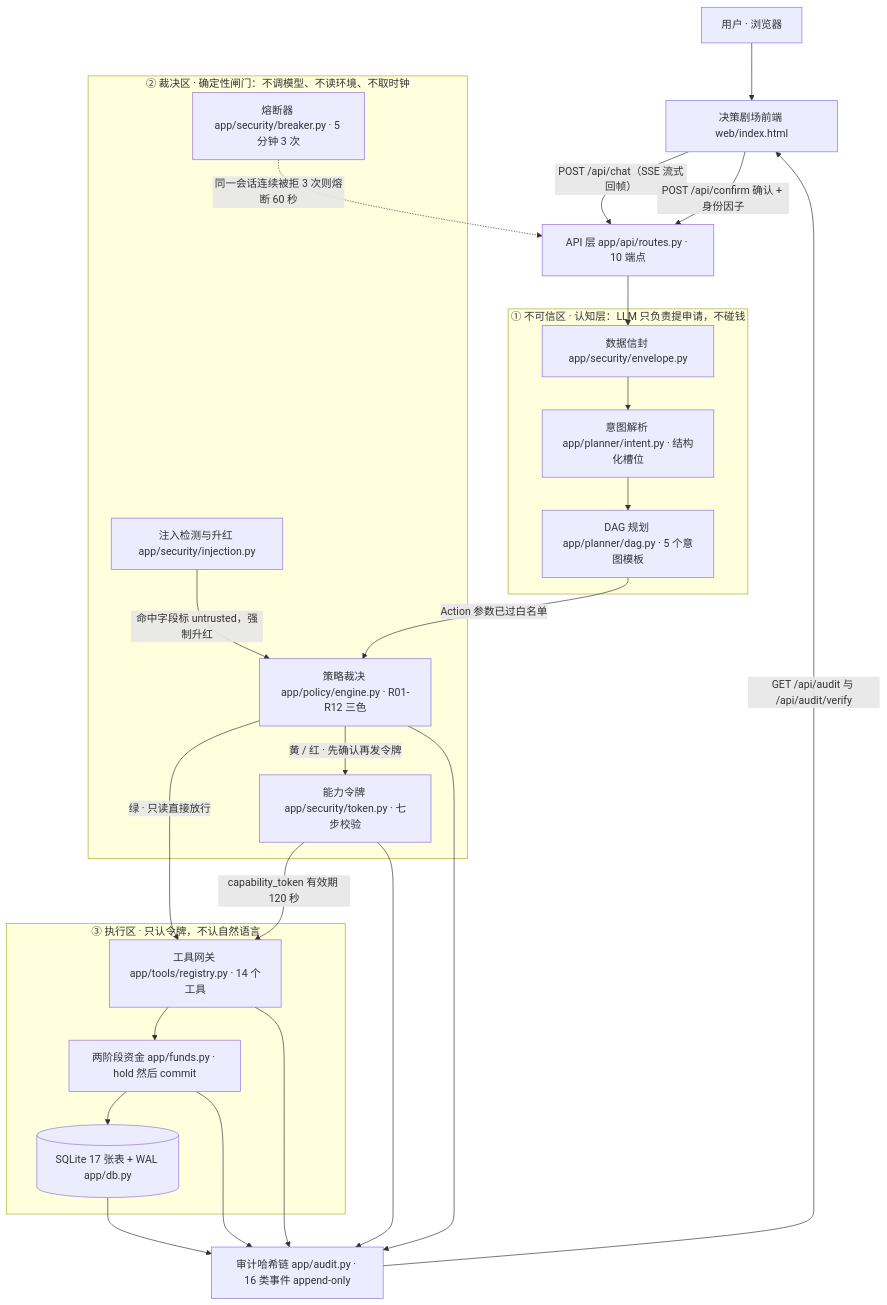
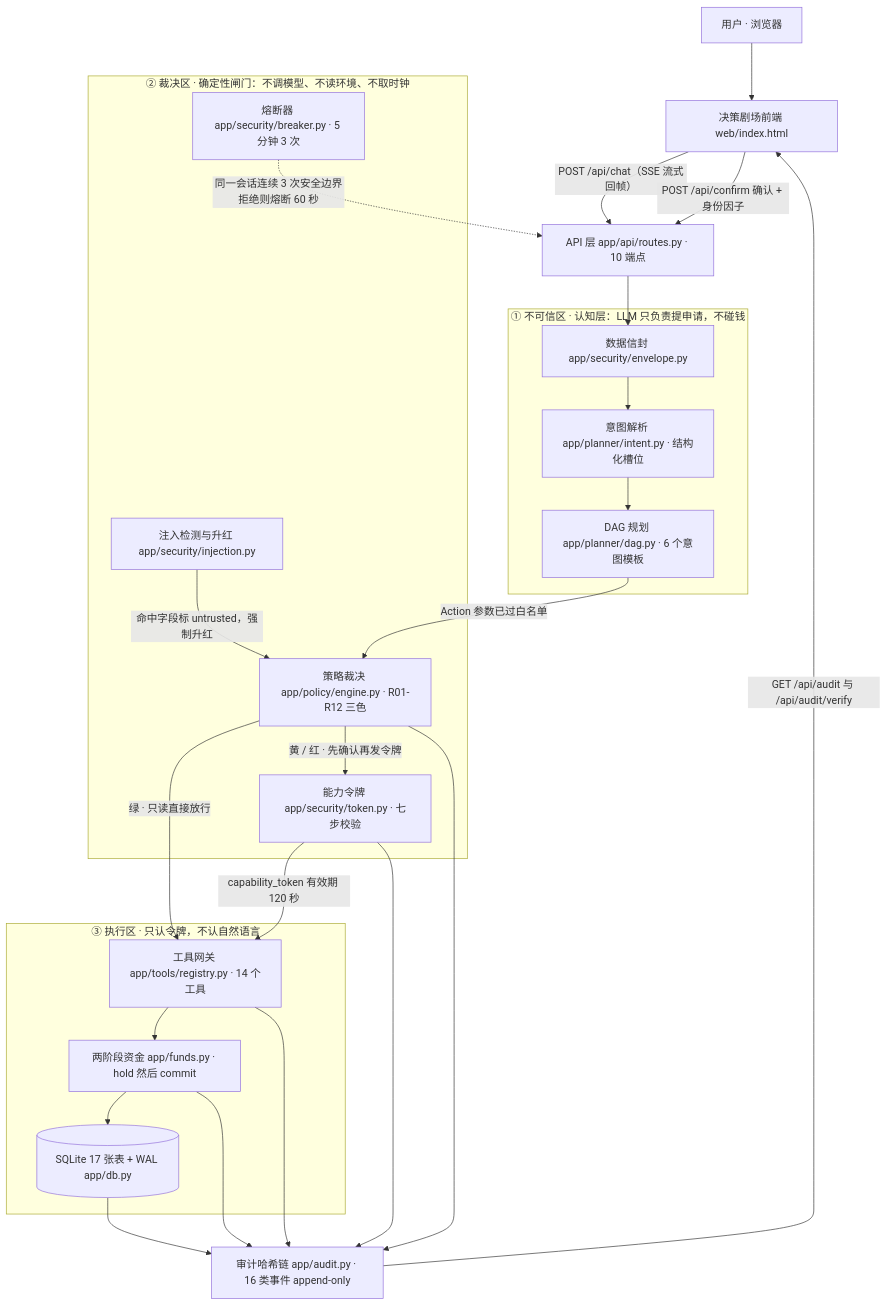
The first of 2 diagrams in docs/技术文档.md (peng6yu/banking-agent), drawn with Mermaid before and after one commit. The commit also changed other lines of this file, not shown here.

Commit message:
docs(技术文档): 终审统一口径——槽位 7→9、pytest 485→496、意图模板 5→6、红队 27/16→29/14、修 R13/R14/R15 断表与两处失效文件引用

````diff
--- a/docs/技术文档.md
+++ b/docs/技术文档.md
@@ -52,42 +52,42 @@
 ```mermaid
 flowchart TD
     U["用户 · 浏览器"] --> FE["决策剧场前端 web/index.html"]
     FE -->|"POST /api/chat（SSE 流式回帧）"| API["API 层 app/api/routes.py · 10 端点"]
     FE -->|"POST /api/confirm 确认 + 身份因子"| API
 
     subgraph L1["① 不可信区 · 认知层：LLM 只负责提申请，不碰钱"]
         ENV["数据信封 app/security/envelope.py"]
         INT["意图解析 app/planner/intent.py · 结构化槽位"]
-        DAG["DAG 规划 app/planner/dag.py · 5 个意图模板"]
+        DAG["DAG 规划 app/planner/dag.py · 6 个意图模板"]
     end
 
     subgraph L2["② 裁决区 · 确定性闸门：不调模型、不读环境、不取时钟"]
         INJ["注入检测与升红 app/security/injection.py"]
         PE["策略裁决 app/policy/engine.py · R01-R12 三色"]
         TK["能力令牌 app/security/token.py · 七步校验"]
         BRK["熔断器 app/security/breaker.py · 5 分钟 3 次"]
     end
 
     subgraph L3["③ 执行区 · 只认令牌，不认自然语言"]
         REG["工具网关 app/tools/registry.py · 14 个工具"]
         FND["两阶段资金 app/funds.py · hold 然后 commit"]
         DB[("SQLite 17 张表 + WAL app/db.py")]
     end
 
     AUD["审计哈希链 app/audit.py · 16 类事件 append-only"]
 
     API --> ENV --> INT --> DAG
     DAG -->|"Action 参数已过白名单"| PE
     INJ -->|"命中字段标 untrusted，强制升红"| PE
     PE -->|"绿 · 只读直接放行"| REG
     PE -->|"黄 / 红 · 先确认再发令牌"| TK
     TK -->|"capability_token 有效期 120 秒"| REG
-    BRK -.->|"同一会话连续被拒 3 次则熔断 60 秒"| API
+    BRK -.->|"同一会话连续 3 次安全边界拒绝则熔断 60 秒"| API
     REG --> FND --> DB
     REG --> AUD
     FND --> AUD
     PE --> AUD
     TK --> AUD
     DB --> AUD
     AUD -->|"GET /api/audit 与 /api/audit/verify"| FE
 ```
````
